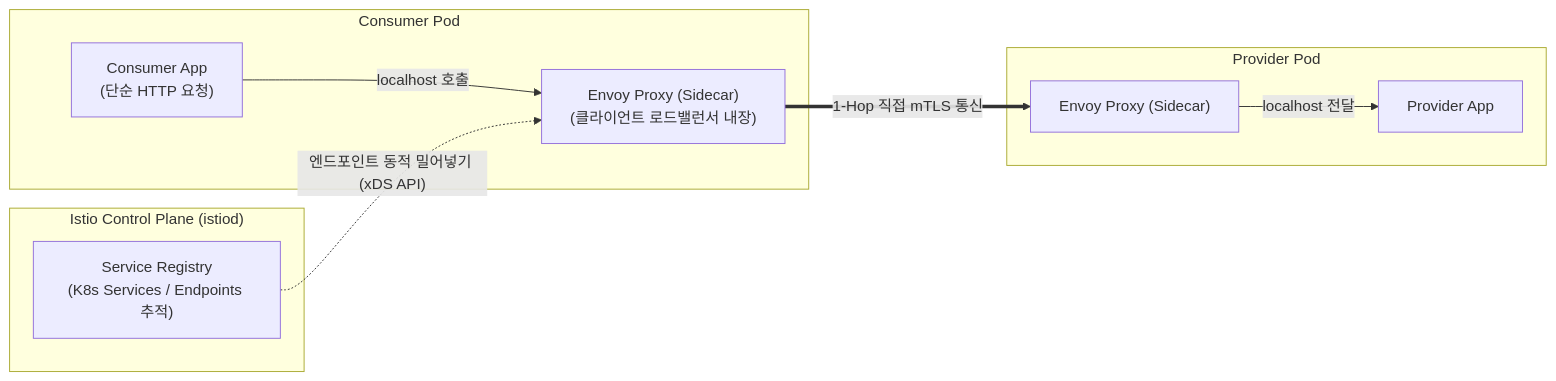
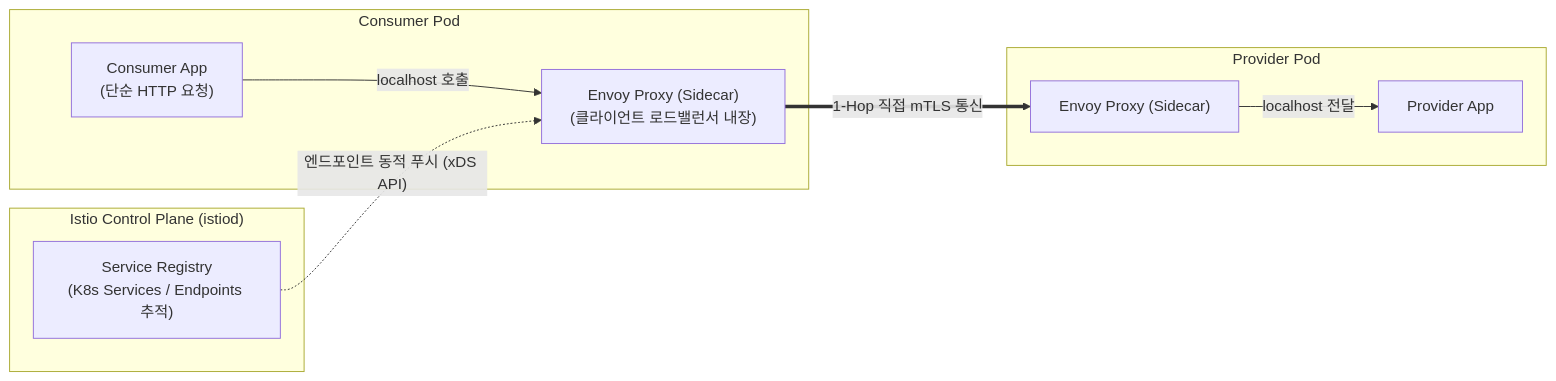
Before and after one commit to studylida/studylida.github.io: the seventh of 7 diagrams in src/content/posts/service-discovery-deep-dive.md, drawn with Mermaid. The commit also changed other lines of this file and 4 other files, not shown here.

Commit message:
refactor(posts): polish phase 1 network, pydantic, and roadmap posts

````diff
--- a/src/content/posts/service-discovery-deep-dive.md
+++ b/src/content/posts/service-discovery-deep-dive.md
@@ -294,21 +291,21 @@
 ```mermaid
 flowchart LR
     subgraph Pod1 ["Consumer Pod"]
         App1["Consumer App<br/>(단순 HTTP 요청)"]
         Envoy1["Envoy Proxy (Sidecar)<br/>(클라이언트 로드밸런서 내장)"]
         App1 -->|"localhost 호출"| Envoy1
     end
 
     subgraph ControlPlane ["Istio Control Plane (istiod)"]
         MeshReg["Service Registry<br/>(K8s Services / Endpoints 추적)"]
     end
 
     subgraph Pod2 ["Provider Pod"]
         Envoy2["Envoy Proxy (Sidecar)"]
         App2["Provider App"]
         Envoy2 -->|"localhost 전달"| App2
     end
 
-    MeshReg -.->|"엔드포인트 동적 밀어넣기 (xDS API)"| Envoy1
+    MeshReg -.->|"엔드포인트 동적 푸시 (xDS API)"| Envoy1
     Envoy1 ==>|"1-Hop 직접 mTLS 통신"| Envoy2
 ```
````
